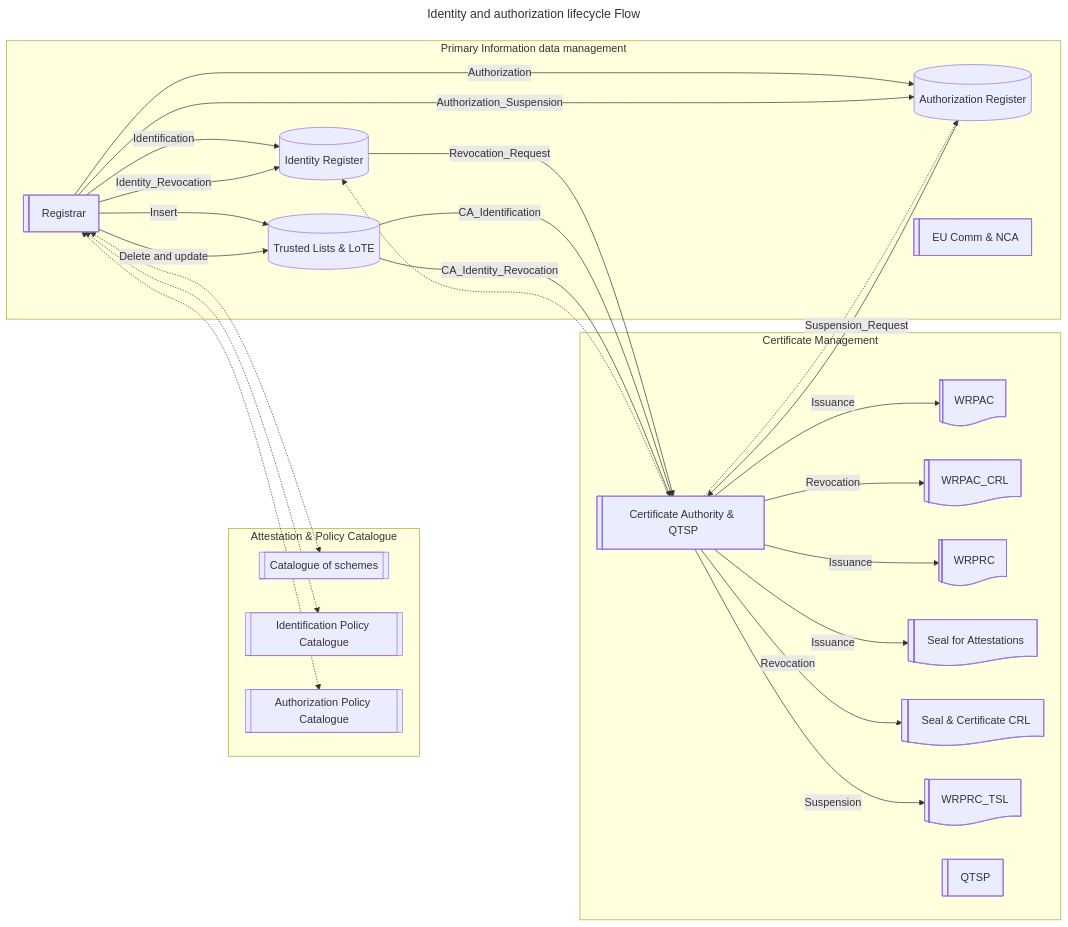
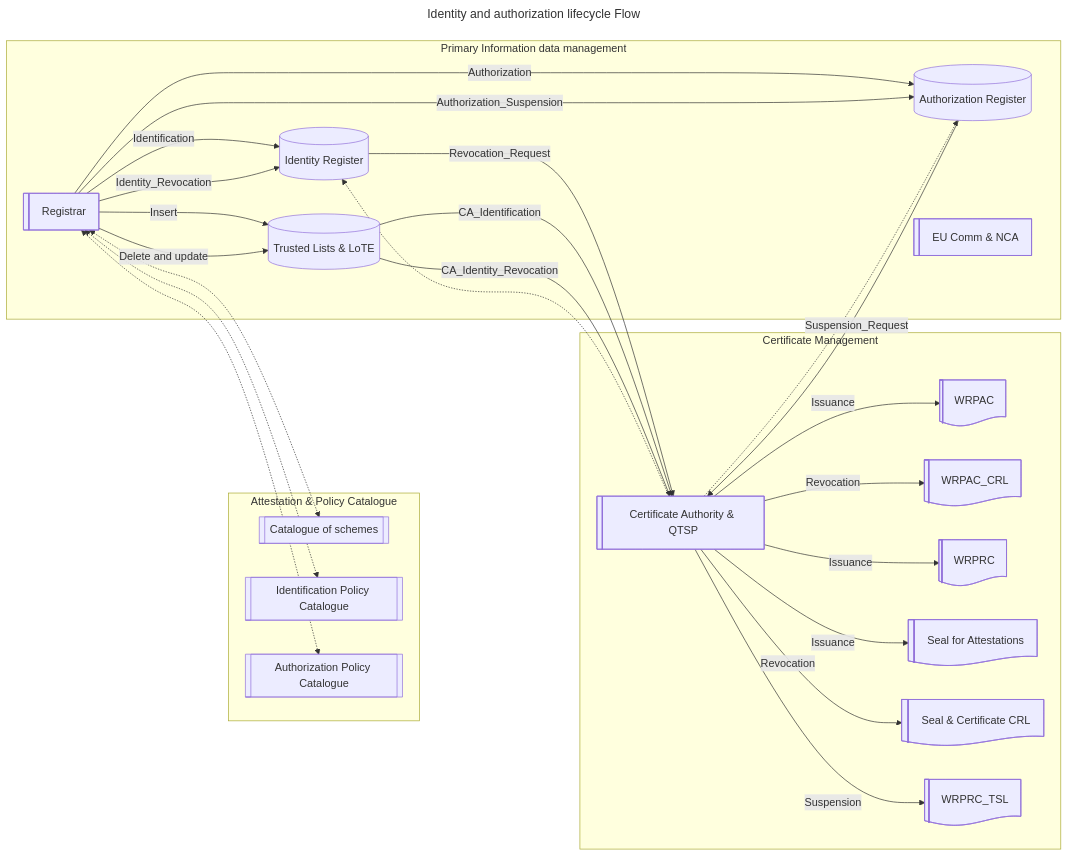
The second of 3 diagrams in topics/trust-management-process.md (APTITUDE-Consortium/wp2-trust-specifications), drawn with Mermaid before and after one commit.

````diff
--- a/topics/trust-management-process.md
+++ b/topics/trust-management-process.md
@@ -46,54 +46,54 @@
 ```mermaid graph
 ---
 title: Identity and authorization lifecycle Flow
 ---
 flowchart LR 
 subgraph Cred_Def["Attestation & Policy Catalogue"]
         Cred[["Catalogue of schemes"]]
         IDPol[["Identification Policy Catalogue"]]
         CredPol[["Authorization Policy Catalogue"]]
 end
 subgraph Register["Primary Information data management"]
         IDReg@{shape: cyl, label: "Identity Register" }
         AuthReg@{shape: cyl, label: "Authorization Register"}
         Registrar@{shape: lin-rect, label: "Registrar" }
         NCA@{shape: lin-rect, label: "EU Comm & NCA" }
         TL@{shape: cyl, label: "Trusted Lists & LoTE" }
 end
 subgraph C_A["Certificate Management"]
         WRPAC@{ shape: lin-doc, label: "WRPAC" }
         WRPAC_CRL@{ shape: lin-doc, label: "WRPAC_CRL" }
         WRPRC@{ shape: lin-doc, label: "WRPRC" }
         SEAL@{ shape: lin-doc, label: "Seal for Attestations" }
         SEAL_CRL@{ shape: lin-doc, label: "Seal & Certificate CRL" }
         WRPRC_TSL@{ shape: lin-doc, label: "WRPRC_TSL" }
         CA@{shape: lin-rect, label: "Certificate Authority & QTSP" }
-        QTSP@{shape: lin-rect, label: "QTSP" }
+        
 end
 
 
     Registrar-->|Identification|IDReg
     Registrar-->|Identity_Revocation|IDReg
     Registrar<-.->IDPol
 
     Registrar<-.->Cred
     Registrar<-.->CredPol
     Registrar-->|Authorization|AuthReg
     Registrar-->|Authorization_Suspension|AuthReg
     AuthReg-->|Suspension_Request|CA
     IDReg-->|Revocation_Request|CA
     TL-->|CA_Identification|CA
     TL-->|CA_Identity_Revocation|CA
     Registrar-->|Insert|TL
     Registrar-->|Delete and update|TL
 
     CA-.->IDReg
     CA-->|Issuance|WRPAC
     CA-->|Revocation|WRPAC_CRL
     CA-->|Suspension|WRPRC_TSL
     CA-.->AuthReg
     CA-->|Issuance|WRPRC
     CA-->|Issuance|SEAL
     CA-->|Revocation|SEAL_CRL
     
 ```
````
